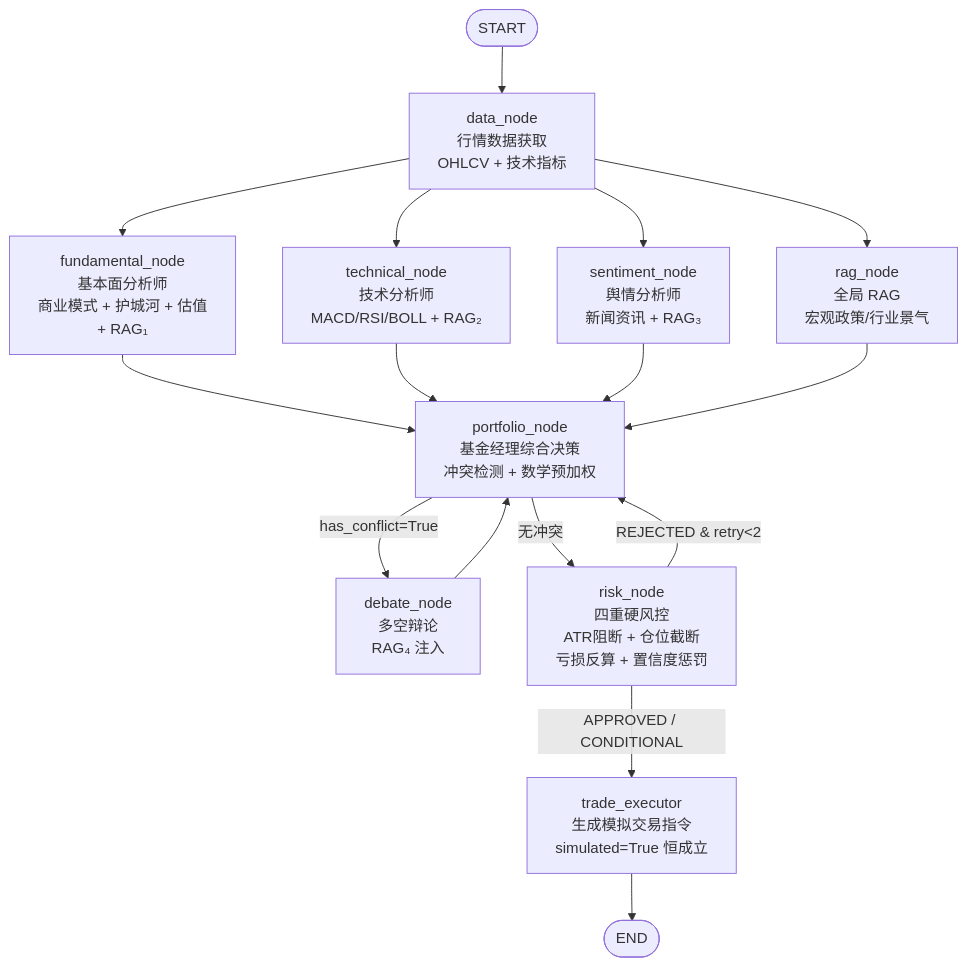
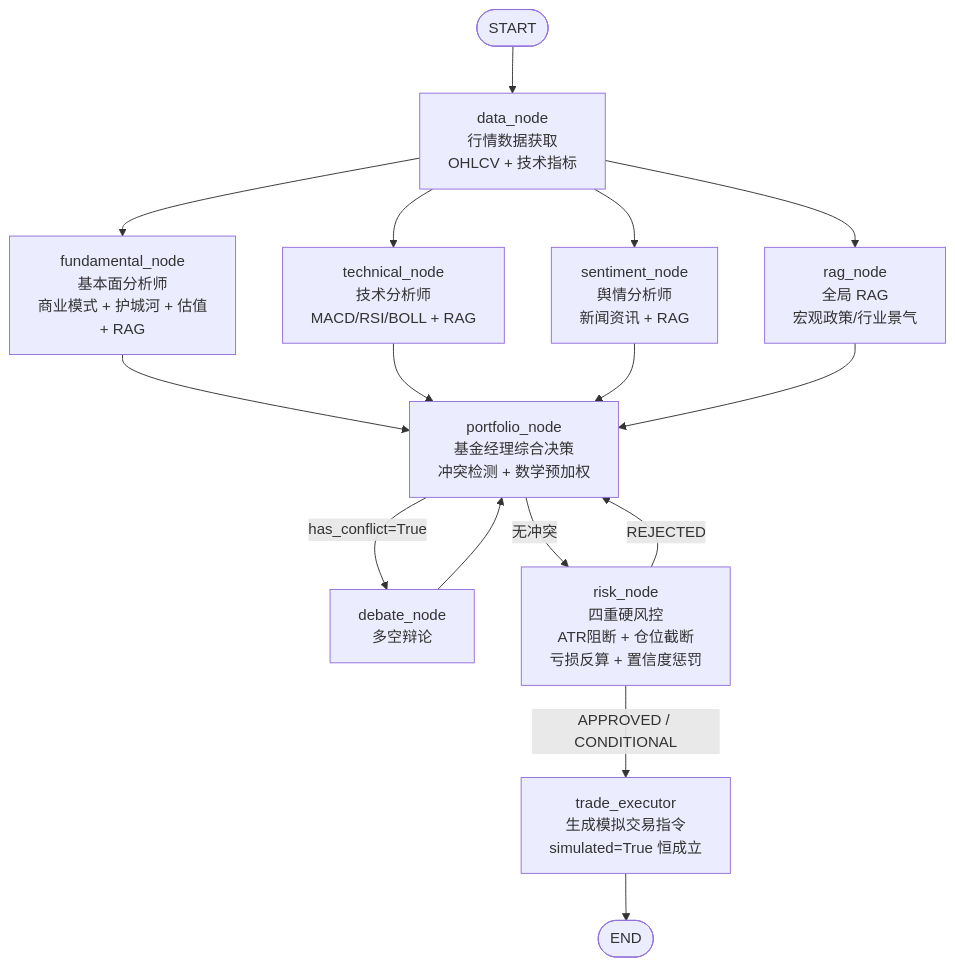
One commit to JoeFeng0571/CampusQuant-Agent changed the diagram in README.md. Above: the diagram before and after it, drawn with Mermaid. The commit also changed other lines of this file, not shown here.

Commit message:
docs: rewrite README with current architecture and analysis dimensions

````diff
--- a/README.md
+++ b/README.md
@@ -13,24 +13,24 @@
 ```mermaid
 flowchart TD
     START([START]) --> data_node["data_node\n行情数据获取\nOHLCV + 技术指标"]
 
-    data_node --> fundamental_node["fundamental_node\n基本面分析师\n商业模式 + 护城河 + 估值\n+ RAG₁"]
-    data_node --> technical_node["technical_node\n技术分析师\nMACD/RSI/BOLL + RAG₂"]
-    data_node --> sentiment_node["sentiment_node\n舆情分析师\n新闻资讯 + RAG₃"]
+    data_node --> fundamental_node["fundamental_node\n基本面分析师\n商业模式 + 护城河 + 估值\n+ RAG"]
+    data_node --> technical_node["technical_node\n技术分析师\nMACD/RSI/BOLL + RAG"]
+    data_node --> sentiment_node["sentiment_node\n舆情分析师\n新闻资讯 + RAG"]
     data_node --> rag_node["rag_node\n全局 RAG\n宏观政策/行业景气"]
 
     fundamental_node --> portfolio_node
     technical_node   --> portfolio_node
     sentiment_node   --> portfolio_node
     rag_node         --> portfolio_node
 
-    portfolio_node["portfolio_node\n基金经理综合决策\n冲突检测 + 数学预加权"] -->|has_conflict=True| debate_node["debate_node\n多空辩论\nRAG₄ 注入"]
+    portfolio_node["portfolio_node\n基金经理综合决策\n冲突检测 + 数学预加权"] -->|has_conflict=True| debate_node["debate_node\n多空辩论"]
     portfolio_node -->|无冲突| risk_node
 
     debate_node --> portfolio_node
 
-    risk_node["risk_node\n四重硬风控\nATR阻断 + 仓位截断\n亏损反算 + 置信度惩罚"] -->|REJECTED & retry<2| portfolio_node
+    risk_node["risk_node\n四重硬风控\nATR阻断 + 仓位截断\n亏损反算 + 置信度惩罚"] -->|REJECTED| portfolio_node
     risk_node -->|APPROVED / CONDITIONAL| trade_executor["trade_executor\n生成模拟交易指令\nsimulated=True 恒成立"]
 
     trade_executor --> END([END])
 ```
````
